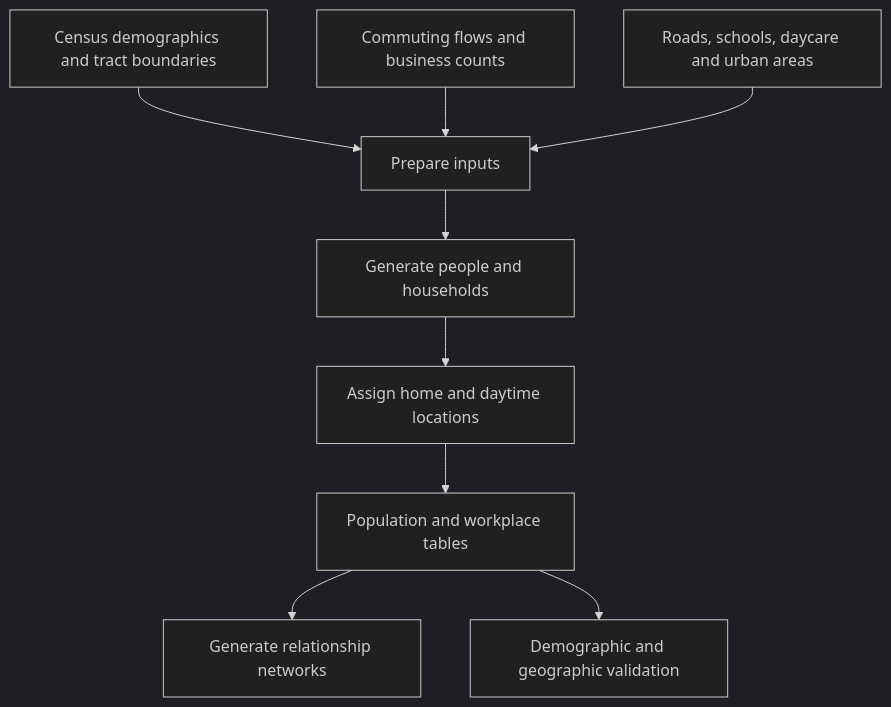
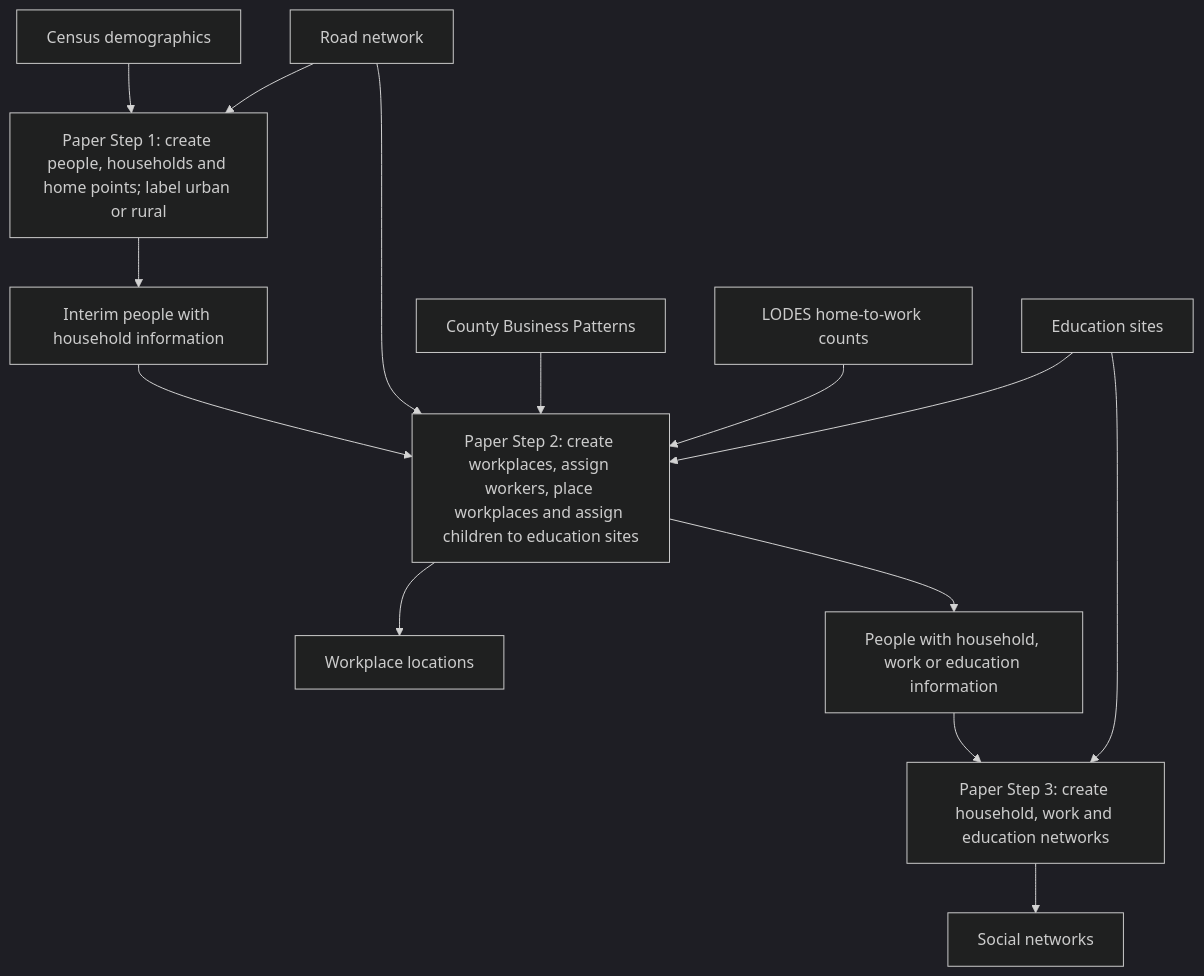
One commit to scbennion/geo-synthetic-poverty-network changed the diagram in README.md. Above: the diagram before and after it, drawn with Mermaid (dark theme). The commit also changed other lines of this file, not shown here.

First line of the commit message:
docs: expand README with model assumptions, sources, and validation

````diff
--- a/README.md
+++ b/README.md
@@ -28,11 +90,16 @@
 ```mermaid
 flowchart TD
-    A[Census demographics and tract boundaries] --> D[Prepare inputs]
-    B[Commuting flows and business counts] --> D
-    C[Roads, schools, daycare and urban areas] --> D
-    D --> E[Generate people and households]
-    E --> F[Assign home and daytime locations]
-    F --> G[Population and workplace tables]
-    G --> H[Generate relationship networks]
-    G --> I[Demographic and geographic validation]
+    C[Census demographics] --> S1[Paper Step 1: create people, households and home points; label urban or rural]
+    R[Road network] --> S1
+    S1 --> I[Interim people with household information]
+    I --> S2[Paper Step 2: create workplaces, assign workers, place workplaces and assign children to education sites]
+    R --> S2
+    B[County Business Patterns] --> S2
+    L[LODES home-to-work counts] --> S2
+    E[Education sites] --> S2
+    S2 --> W[Workplace locations]
+    S2 --> P[People with household, work or education information]
+    P --> S3[Paper Step 3: create household, work and education networks]
+    E --> S3
+    S3 --> N[Social networks]
 ```
````
